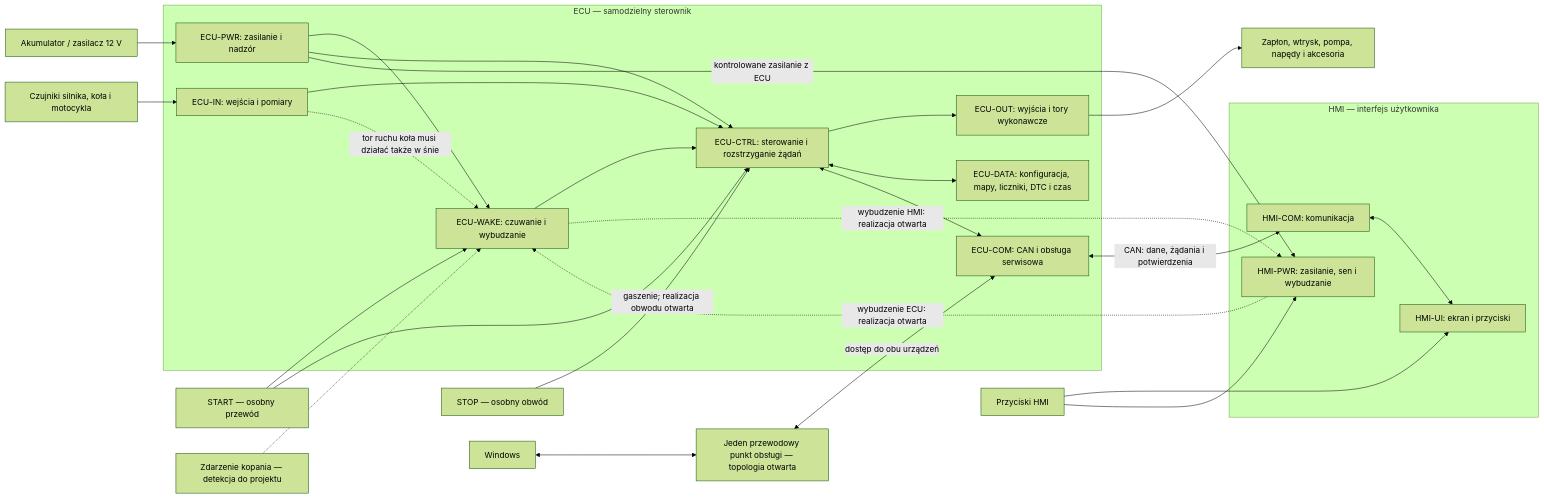
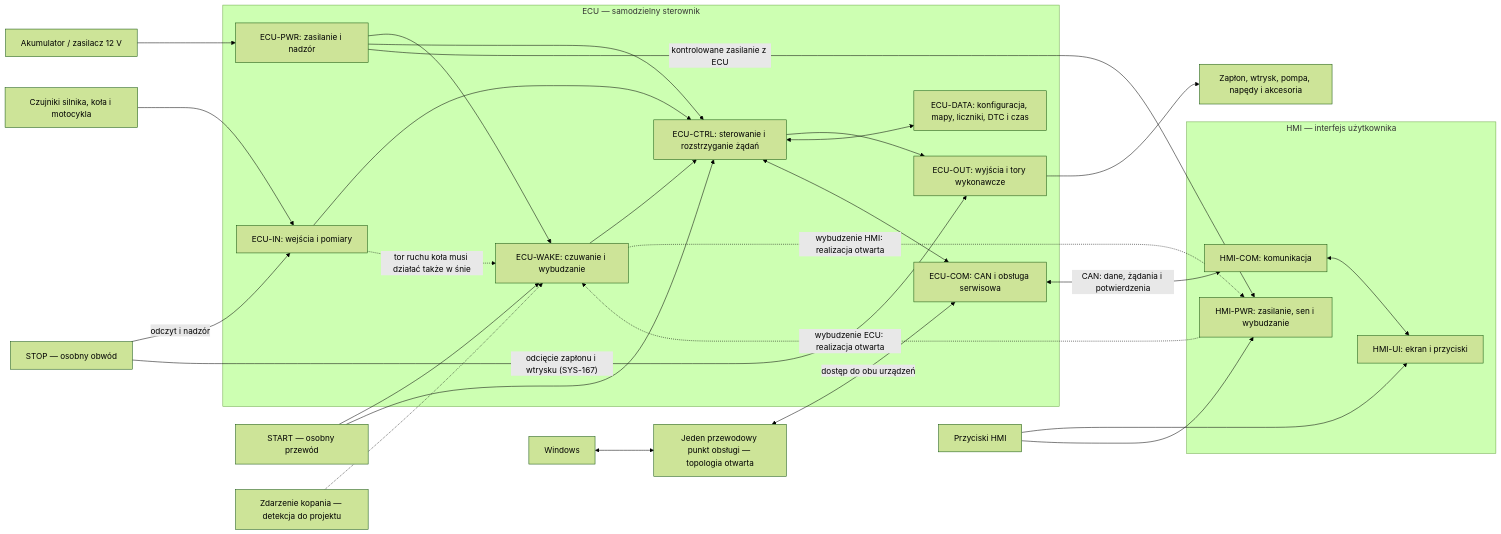
The diagram in docs/architecture/blokowa-systemu.md (DustWorx/DustWorx-DustONE), drawn with Mermaid (forest theme) before and after one commit. The commit also changed other lines of this file and 13 other files, not shown here.

Commit message:
docs(f03): odcięcie STOP przy zawieszeniu firmware

````diff
--- a/docs/architecture/blokowa-systemu.md
+++ b/docs/architecture/blokowa-systemu.md
@@ -9,47 +9,48 @@
 ```mermaid
 flowchart LR
     BAT["Akumulator / zasilacz 12 V"]
     SENS["Czujniki silnika, koła i motocykla"]
     ACT["Zapłon, wtrysk, pompa, napędy i akcesoria"]
     START["START — osobny przewód"]
     STOP["STOP — osobny obwód"]
     KICK["Zdarzenie kopania — detekcja do projektu"]
     BUTTON["Przyciski HMI"]
     PC["Windows"]
     SERVICE["Jeden przewodowy punkt obsługi — topologia otwarta"]
     subgraph ECU["ECU — samodzielny sterownik"]
         PWR["ECU-PWR: zasilanie i nadzór"]
         WAKE["ECU-WAKE: czuwanie i wybudzanie"]
         IN["ECU-IN: wejścia i pomiary"]
         CTRL["ECU-CTRL: sterowanie i rozstrzyganie żądań"]
         OUT["ECU-OUT: wyjścia i tory wykonawcze"]
         DATA["ECU-DATA: konfiguracja, mapy, liczniki, DTC i czas"]
         COM["ECU-COM: CAN i obsługa serwisowa"]
     end
     subgraph HMI["HMI — interfejs użytkownika"]
         HP["HMI-PWR: zasilanie, sen i wybudzanie"]
         UI["HMI-UI: ekran i przyciski"]
         HC["HMI-COM: komunikacja"]
     end
     BAT --> PWR
     PWR --> WAKE
     PWR --> CTRL
     PWR -->|"kontrolowane zasilanie z ECU"| HP
     SENS --> IN --> CTRL --> OUT --> ACT
     START --> WAKE
     START --> CTRL
-    STOP -->|"gaszenie; realizacja obwodu otwarta"| CTRL
+    STOP -->|"odczyt i nadzór"| IN
+    STOP -->|"odcięcie zapłonu i wtrysku (SYS-167)"| OUT
     KICK -.-> WAKE
     IN -.->|"tor ruchu koła musi działać także w śnie"| WAKE
     WAKE --> CTRL
     CTRL <--> DATA
     CTRL <--> COM
     COM <-->|"CAN: dane, żądania i potwierdzenia"| HC
     HC <--> UI
     BUTTON --> UI
     BUTTON --> HP
     HP -.->|"wybudzenie ECU: realizacja otwarta"| WAKE
     WAKE -.->|"wybudzenie HMI: realizacja otwarta"| HP
     PC <--> SERVICE
     SERVICE <-->|"dostęp do obu urządzeń"| COM
 ```
````
